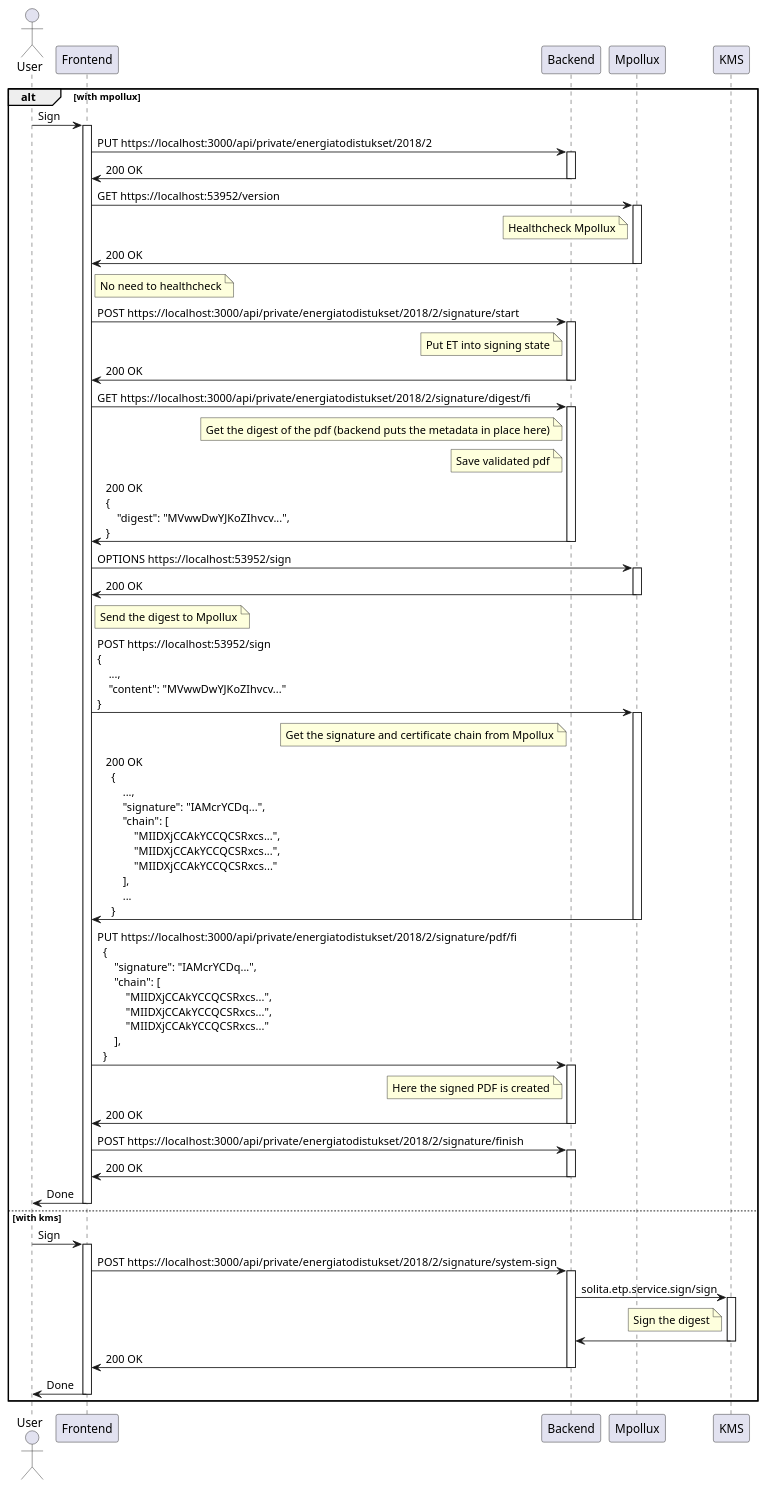
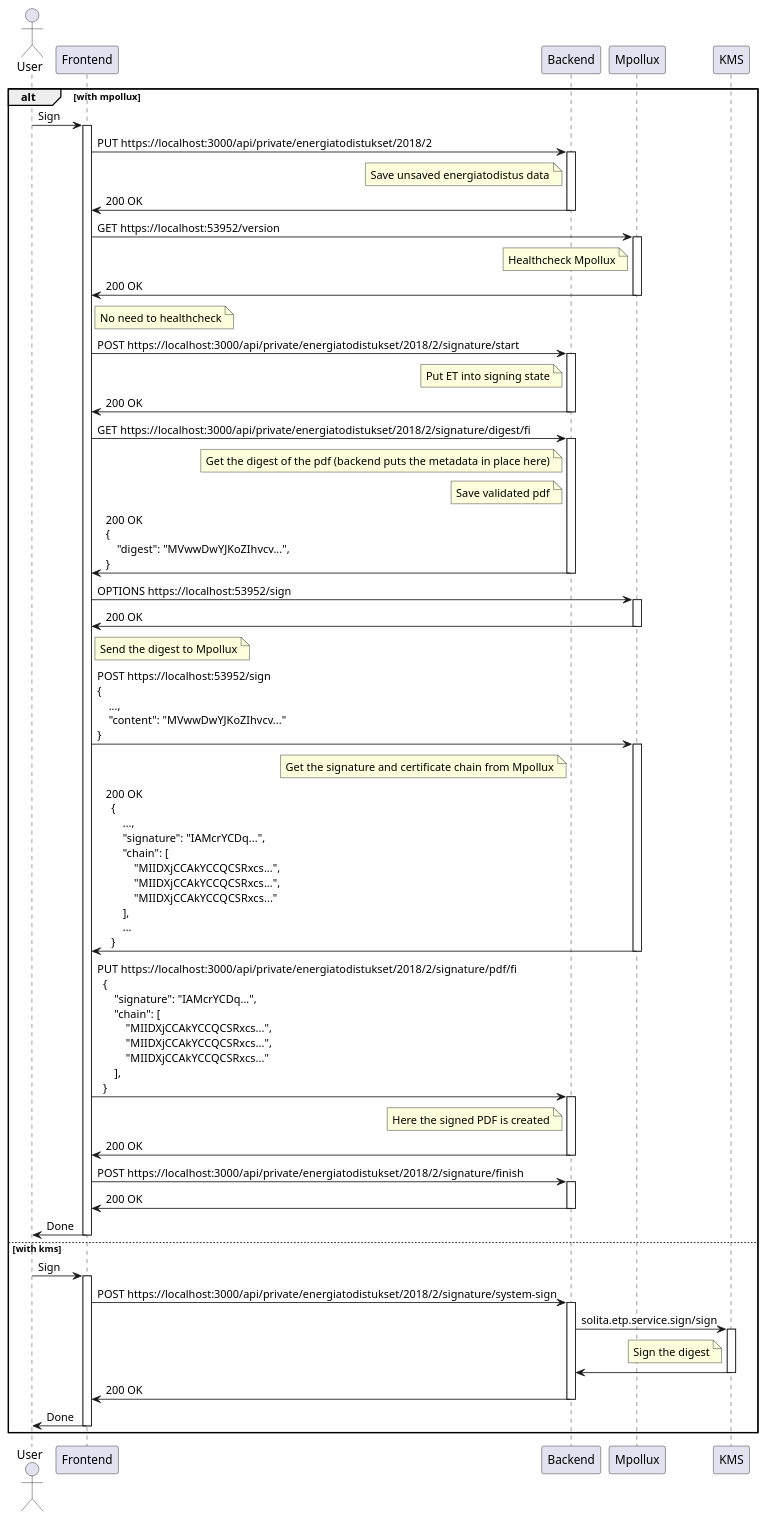
Before and after one commit to solita/ara-etp: the diagram in etp-core/docker/kms/pdf-signing.plantuml, drawn with PlantUML. The commit also changed 1 other file, not shown here.

Commit message:
AE-2165: Add note about saving the energiatodistus data into the signing diagram

```diff
--- a/etp-core/docker/kms/pdf-signing.plantuml
+++ b/etp-core/docker/kms/pdf-signing.plantuml
@@ -1,88 +1,91 @@
 @startuml
 alt with mpollux
 actor User
 
 User -> Frontend++: Sign
 Frontend -> Backend++: PUT https://localhost:3000/api/private/energiatodistukset/2018/2
+note left of Backend
+Save unsaved energiatodistus data
+end note
 Frontend <- Backend--: 200 OK
 Frontend -> Mpollux++: GET https://localhost:53952/version
 note left of Mpollux
 Healthcheck Mpollux
 end note
 Frontend <- Mpollux--: 200 OK
 note right of Frontend
 No need to healthcheck
 end note
 Frontend -> Backend++: POST https://localhost:3000/api/private/energiatodistukset/2018/2/signature/start
 note left of Backend
 Put ET into signing state
 end note
 Frontend <- Backend--: 200 OK
 Frontend -> Backend++: GET https://localhost:3000/api/private/energiatodistukset/2018/2/signature/digest/fi
 note left of Backend
 Get the digest of the pdf (backend puts the metadata in place here)
 end note
 note left of Backend
 Save validated pdf
 end note
 Frontend <- Backend--: 200 OK \n\
 { \n\
     "digest": "MVwwDwYJKoZIhvcv...", \n\
 }
 Frontend -> Mpollux++: OPTIONS https://localhost:53952/sign
 Frontend <- Mpollux--: 200 OK
 note right of Frontend
 Send the digest to Mpollux
 end note
 Frontend -> Mpollux++: POST https://localhost:53952/sign \n\
 { \n\
     ..., \n\
     "content": "MVwwDwYJKoZIhvcv..." \n\
 }
 note left of Backend
 Get the signature and certificate chain from Mpollux
 end note
 Frontend <- Mpollux--: 200 OK \n\
   { \n\
       ..., \n\
       "signature": "IAMcrYCDq...", \n\
       "chain": [ \n\
           "MIIDXjCCAkYCCQCSRxcs...", \n\
           "MIIDXjCCAkYCCQCSRxcs...", \n\
           "MIIDXjCCAkYCCQCSRxcs..." \n\
       ], \n\
       ... \n\
   }
 note right of Frontend
 end note
 Frontend -> Backend++: PUT https://localhost:3000/api/private/energiatodistukset/2018/2/signature/pdf/fi \n\
   { \n\
       "signature": "IAMcrYCDq...", \n\
       "chain": [ \n\
           "MIIDXjCCAkYCCQCSRxcs...", \n\
           "MIIDXjCCAkYCCQCSRxcs...", \n\
           "MIIDXjCCAkYCCQCSRxcs..." \n\
       ], \n\
   }
 note left of Backend
 Here the signed PDF is created
 end note
 Frontend <- Backend--: 200 OK
 Frontend -> Backend++: POST https://localhost:3000/api/private/energiatodistukset/2018/2/signature/finish
 Frontend <- Backend--: 200 OK
 User <- Frontend--: Done
 
 else with kms
 
 User -> Frontend++: Sign
 Frontend -> Backend++: POST https://localhost:3000/api/private/energiatodistukset/2018/2/signature/system-sign
 Backend -> KMS++: solita.etp.service.sign/sign
 note left of KMS
 Sign the digest
 end note
 Backend <- KMS--
 Frontend <- Backend--: 200 OK
 User <- Frontend--: Done
 
 end
 @enduml
```
